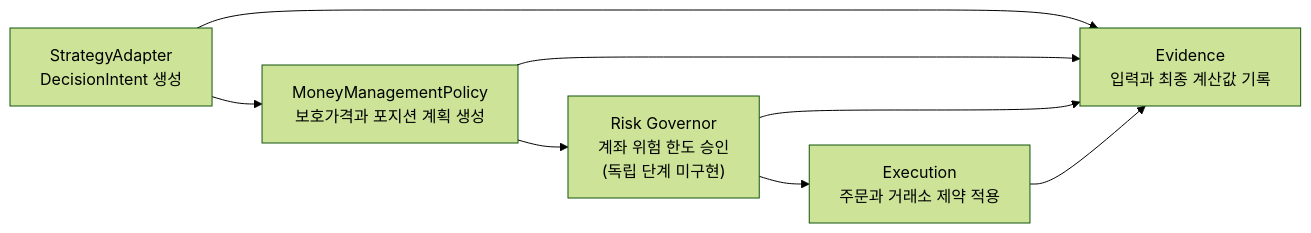
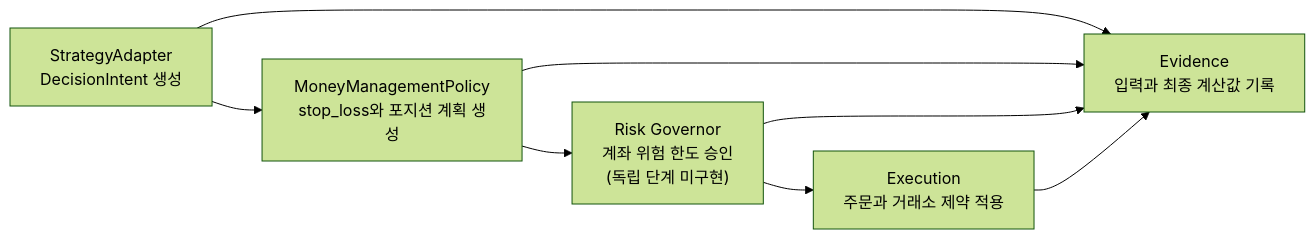
Before and after one commit to vessel35/trading-system-v2: the diagram in docs/strategy-authoring-contract.md, drawn with Mermaid (forest theme). The commit also changed other lines of this file, not shown here.

````diff
--- a/docs/strategy-authoring-contract.md
+++ b/docs/strategy-authoring-contract.md
@@ -85,16 +194,16 @@
 ```mermaid
 flowchart LR
     A["StrategyAdapter<br/>DecisionIntent 생성"]
-    B["MoneyManagementPolicy<br/>보호가격과 포지션 계획 생성"]
+    B["MoneyManagementPolicy<br/>stop_loss와 포지션 계획 생성"]
     C["Risk Governor<br/>계좌 위험 한도 승인<br/>(독립 단계 미구현)"]
     D["Execution<br/>주문과 거래소 제약 적용"]
     E["Evidence<br/>입력과 최종 계산값 기록"]
 
     A --> B
     B --> C
     C --> D
     A --> E
     B --> E
     C --> E
     D --> E
 ```
````
